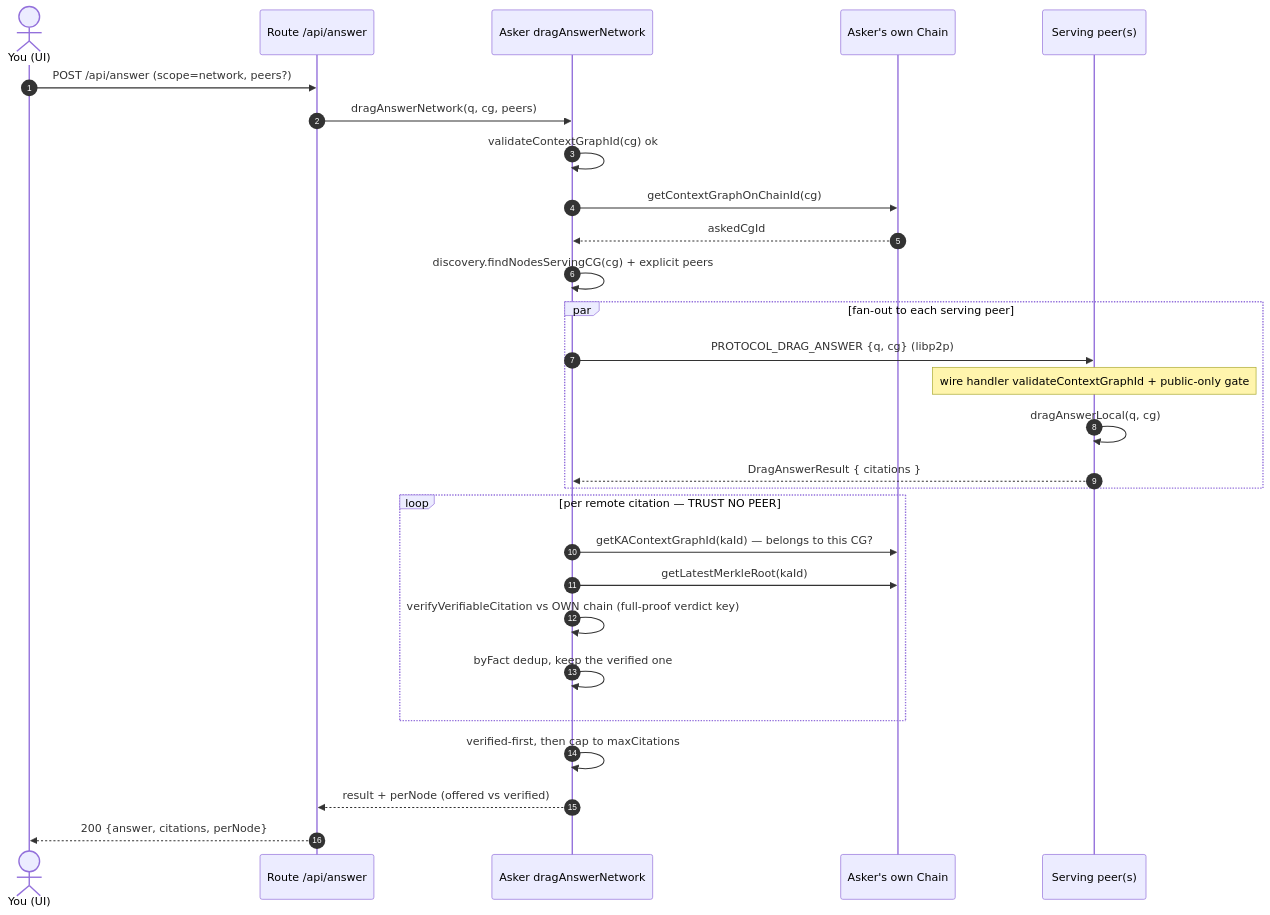
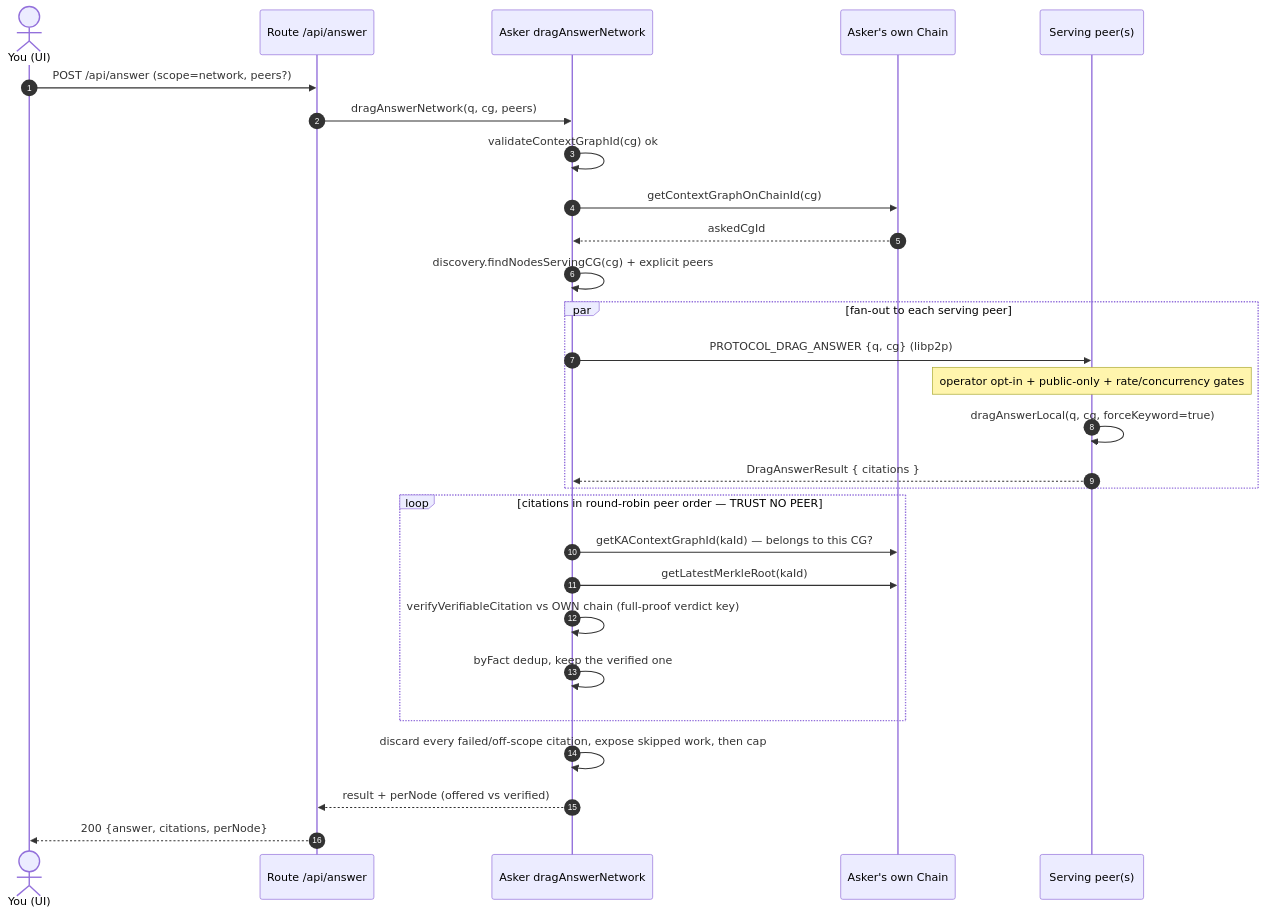
The second of 3 diagrams in docs/use-dkg/drag-sequence.md (OriginTrail/dkg), drawn with Mermaid before and after one commit. The commit also changed other lines of this file and 36 other files, not shown here.

````diff
--- a/docs/use-dkg/drag-sequence.md
+++ b/docs/use-dkg/drag-sequence.md
@@ -91,33 +91,33 @@
 ```mermaid
 sequenceDiagram
     autonumber
     actor U as You (UI)
     participant R as Route /api/answer
     participant A as Asker dragAnswerNetwork
     participant CH as Asker's own Chain
     participant P as Serving peer(s)
 
     U->>R: POST /api/answer (scope=network, peers?)
     R->>A: dragAnswerNetwork(q, cg, peers)
     A->>A: validateContextGraphId(cg) ok
     A->>CH: getContextGraphOnChainId(cg)
     CH-->>A: askedCgId
     A->>A: discovery.findNodesServingCG(cg) + explicit peers
 
     par fan-out to each serving peer
         A->>P: PROTOCOL_DRAG_ANSWER {q, cg} (libp2p)
-        Note over P: wire handler validateContextGraphId + public-only gate
-        P->>P: dragAnswerLocal(q, cg)
+        Note over P: operator opt-in + public-only + rate/concurrency gates
+        P->>P: dragAnswerLocal(q, cg, forceKeyword=true)
         P-->>A: DragAnswerResult { citations }
     end
 
-    loop per remote citation — TRUST NO PEER
+    loop citations in round-robin peer order — TRUST NO PEER
         A->>CH: getKAContextGraphId(kaId) — belongs to this CG?
         A->>CH: getLatestMerkleRoot(kaId)
         A->>A: verifyVerifiableCitation vs OWN chain (full-proof verdict key)
         A->>A: byFact dedup, keep the verified one
     end
-    A->>A: verified-first, then cap to maxCitations
+    A->>A: discard every failed/off-scope citation, expose skipped work, then cap
     A-->>R: result + perNode (offered vs verified)
     R-->>U: 200 {answer, citations, perNode}
 ```
````
